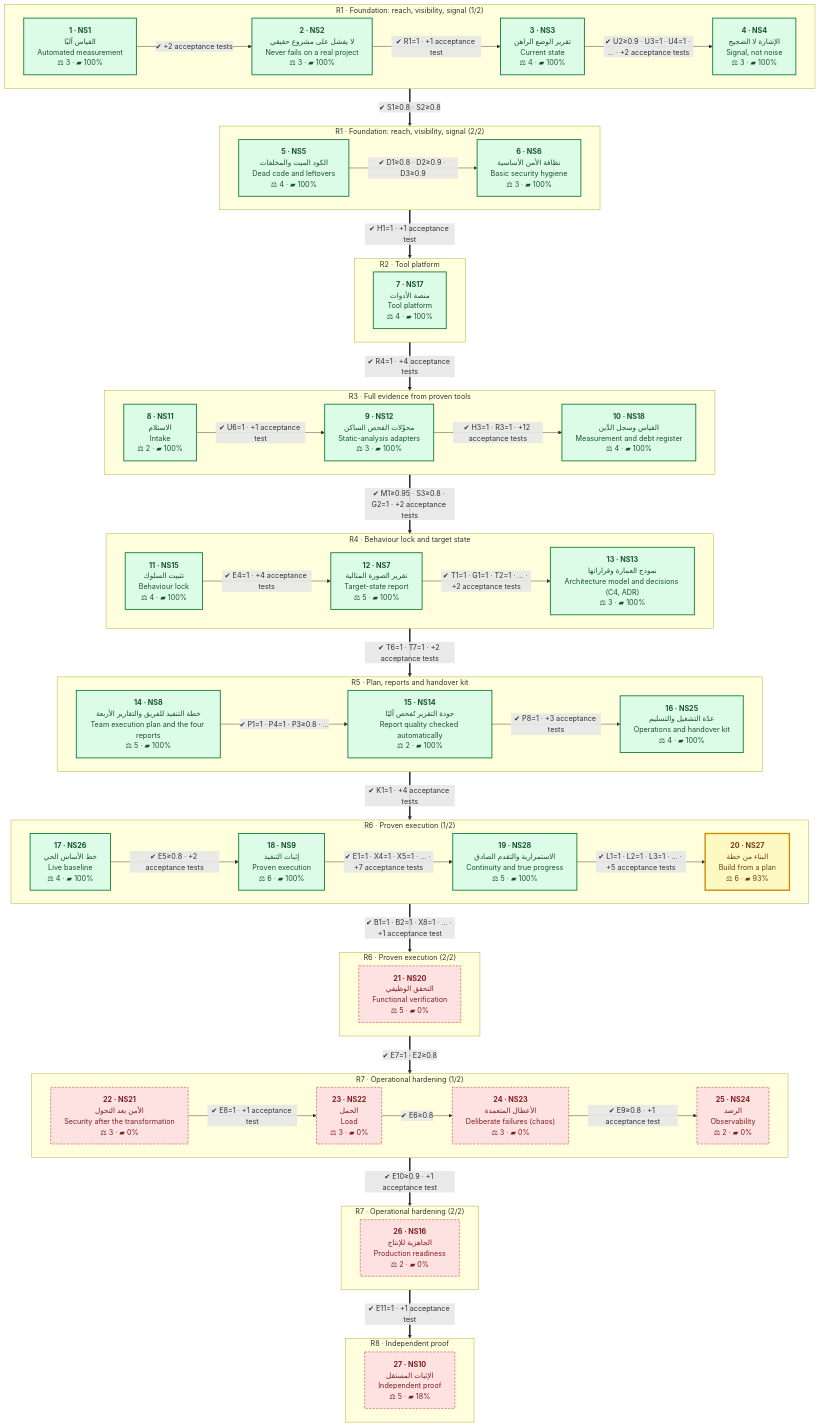
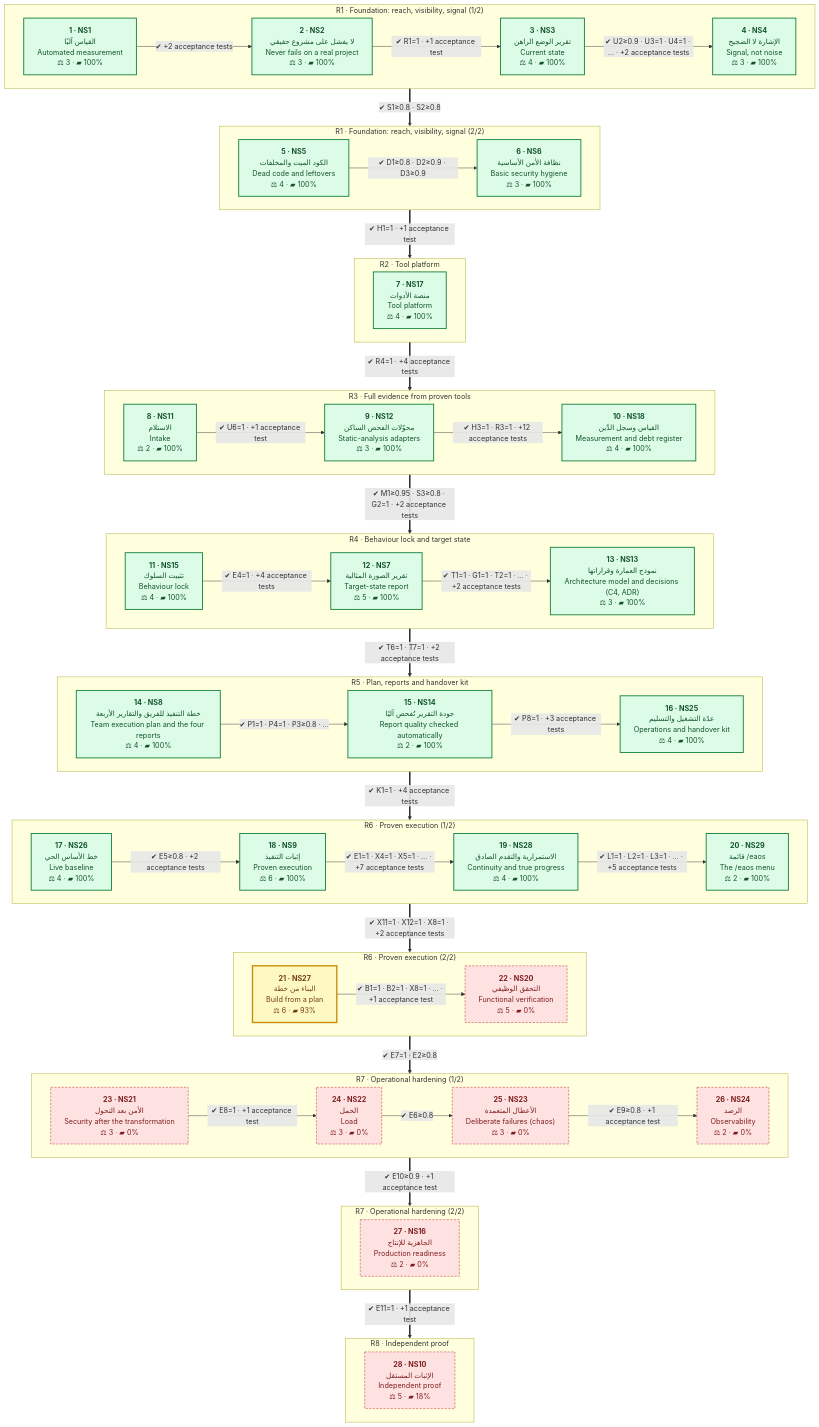
One commit to eom1417/engineering-audit-os changed the second of 2 diagrams in README.en.md. Above: the diagram before and after it, drawn with Mermaid. The commit also changed other lines of this file and 23 other files, not shown here.

First line of the commit message:
0.0.2: /eaos alone shows a menu of what EAOS can do for this project now (NS29, X11 = X12 = 1.0)

```diff
--- a/README.en.md
+++ b/README.en.md
@@ -285,7 +290,7 @@
     end
     subgraph R5_1["R5 · Plan, reports and handover kit"]
         direction LR
-        NS8["<b>14 · NS8</b><br/>خطة التنفيذ للفريق والتقارير الأربعة<br/>Team execution plan and the four reports<br/>⚖ 5 · ▰ 100%"]:::done
+        NS8["<b>14 · NS8</b><br/>خطة التنفيذ للفريق والتقارير الأربعة<br/>Team execution plan and the four reports<br/>⚖ 4 · ▰ 100%"]:::done
         NS14["<b>15 · NS14</b><br/>جودة التقرير تُفحص آليًا<br/>Report quality checked automatically<br/>⚖ 2 · ▰ 100%"]:::done
         NS25["<b>16 · NS25</b><br/>عدّة التشغيل والتسليم<br/>Operations and handover kit<br/>⚖ 4 · ▰ 100%"]:::done
         NS8 -->|"✔ P1=1 · P4=1 · P3≥0.8 · …"| NS14
@@ -295,33 +300,35 @@
         direction LR
         NS26["<b>17 · NS26</b><br/>خط الأساس الحي<br/>Live baseline<br/>⚖ 4 · ▰ 100%"]:::done
         NS9["<b>18 · NS9</b><br/>إثبات التنفيذ<br/>Proven execution<br/>⚖ 6 · ▰ 100%"]:::done
-        NS28["<b>19 · NS28</b><br/>الاستمرارية والتقدم الصادق<br/>Continuity and true progress<br/>⚖ 5 · ▰ 100%"]:::done
-        NS27["<b>20 · NS27</b><br/>البناء من خطة<br/>Build from a plan<br/>⚖ 6 · ▰ 93%"]:::current
+        NS28["<b>19 · NS28</b><br/>الاستمرارية والتقدم الصادق<br/>Continuity and true progress<br/>⚖ 4 · ▰ 100%"]:::done
+        NS29["<b>20 · NS29</b><br/>قائمة /eaos<br/>The /eaos menu<br/>⚖ 2 · ▰ 100%"]:::done
         NS26 -->|"✔ E5≥0.8 · +2 acceptance tests"| NS9
         NS9 -->|"✔ E1=1 · X4=1 · X5=1 · … · +7 acceptance tests"| NS28
-        NS28 -->|"✔ L1=1 · L2=1 · L3=1 · … · +5 acceptance tests"| NS27
+        NS28 -->|"✔ L1=1 · L2=1 · L3=1 · … · +5 acceptance tests"| NS29
     end
     subgraph R6_2["R6 · Proven execution (2/2)"]
         direction LR
-        NS20["<b>21 · NS20</b><br/>التحقق الوظيفي<br/>Functional verification<br/>⚖ 5 · ▰ 0%"]:::owner
+        NS27["<b>21 · NS27</b><br/>البناء من خطة<br/>Build from a plan<br/>⚖ 6 · ▰ 93%"]:::current
+        NS20["<b>22 · NS20</b><br/>التحقق الوظيفي<br/>Functional verification<br/>⚖ 5 · ▰ 0%"]:::owner
+        NS27 -->|"✔ B1=1 · B2=1 · X8=1 · … · +1 acceptance test"| NS20
     end
     subgraph R7_1["R7 · Operational hardening (1/2)"]
         direction LR
-        NS21["<b>22 · NS21</b><br/>الأمن بعد التحول<br/>Security after the transformation<br/>⚖ 3 · ▰ 0%"]:::owner
-        NS22["<b>23 · NS22</b><br/>الحمل<br/>Load<br/>⚖ 3 · ▰ 0%"]:::owner
-        NS23["<b>24 · NS23</b><br/>الأعطال المتعمدة<br/>Deliberate failures (chaos)<br/>⚖ 3 · ▰ 0%"]:::owner
-        NS24["<b>25 · NS24</b><br/>الرصد<br/>Observability<br/>⚖ 2 · ▰ 0%"]:::owner
+        NS21["<b>23 · NS21</b><br/>الأمن بعد التحول<br/>Security after the transformation<br/>⚖ 3 · ▰ 0%"]:::owner
+        NS22["<b>24 · NS22</b><br/>الحمل<br/>Load<br/>⚖ 3 · ▰ 0%"]:::owner
+        NS23["<b>25 · NS23</b><br/>الأعطال المتعمدة<br/>Deliberate failures (chaos)<br/>⚖ 3 · ▰ 0%"]:::owner
+        NS24["<b>26 · NS24</b><br/>الرصد<br/>Observability<br/>⚖ 2 · ▰ 0%"]:::owner
         NS21 -->|"✔ E8=1 · +1 acceptance test"| NS22
         NS22 -->|"✔ E6≥0.8"| NS23
         NS23 -->|"✔ E9≥0.8 · +1 acceptance test"| NS24
     end
     subgraph R7_2["R7 · Operational hardening (2/2)"]
         direction LR
-        NS16["<b>26 · NS16</b><br/>الجاهزية للإنتاج<br/>Production readiness<br/>⚖ 2 · ▰ 0%"]:::owner
+        NS16["<b>27 · NS16</b><br/>الجاهزية للإنتاج<br/>Production readiness<br/>⚖ 2 · ▰ 0%"]:::owner
     end
     subgraph R8_1["R8 · Independent proof"]
         direction LR
-        NS10["<b>27 · NS10</b><br/>الإثبات المستقل<br/>Independent proof<br/>⚖ 5 · ▰ 18%"]:::owner
+        NS10["<b>28 · NS10</b><br/>الإثبات المستقل<br/>Independent proof<br/>⚖ 5 · ▰ 18%"]:::owner
     end
     R1_1 ==>|"✔ S1≥0.8 · S2≥0.8"| R1_2
     R1_2 ==>|"✔ H1=1 · +1 acceptance test"| R2_1
@@ -329,7 +336,7 @@
     R3_1 ==>|"✔ M1≥0.95 · S3≥0.8 · G2=1 · +2 acceptance tests"| R4_1
     R4_1 ==>|"✔ T6=1 · T7=1 · +2 acceptance tests"| R5_1
     R5_1 ==>|"✔ K1=1 · +4 acceptance tests"| R6_1
-    R6_1 ==>|"✔ B1=1 · B2=1 · X8=1 · … · +1 acceptance test"| R6_2
+    R6_1 ==>|"✔ X11=1 · X12=1 · X8=1 · +2 acceptance tests"| R6_2
     R6_2 ==>|"✔ E7=1 · E2≥0.8"| R7_1
     R7_1 ==>|"✔ E10≥0.9 · +1 acceptance test"| R7_2
     R7_2 ==>|"✔ E11=1 · +1 acceptance test"| R8_1
```
